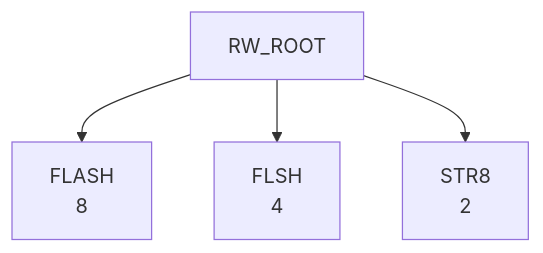
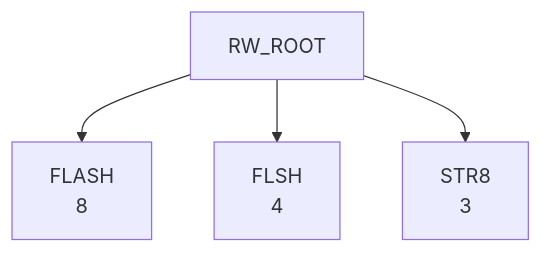
The sixth of 8 diagrams in DOC/GENERATED/ROUTINE_WORD_TREE.md (95westus/R-YORS), drawn with Mermaid before and after one commit. The commit also changed other lines of this file and 94 other files, not shown here.

````diff
--- a/DOC/GENERATED/ROUTINE_WORD_TREE.md
+++ b/DOC/GENERATED/ROUTINE_WORD_TREE.md
@@ -87,6 +87,6 @@
 ```mermaid
 flowchart TD
     RW_ROOT --> RW_FLASH["FLASH<br/>8"]
     RW_ROOT --> RW_FLSH["FLSH<br/>4"]
-    RW_ROOT --> RW_STR8["STR8<br/>2"]
+    RW_ROOT --> RW_STR8["STR8<br/>3"]
 ```
````
